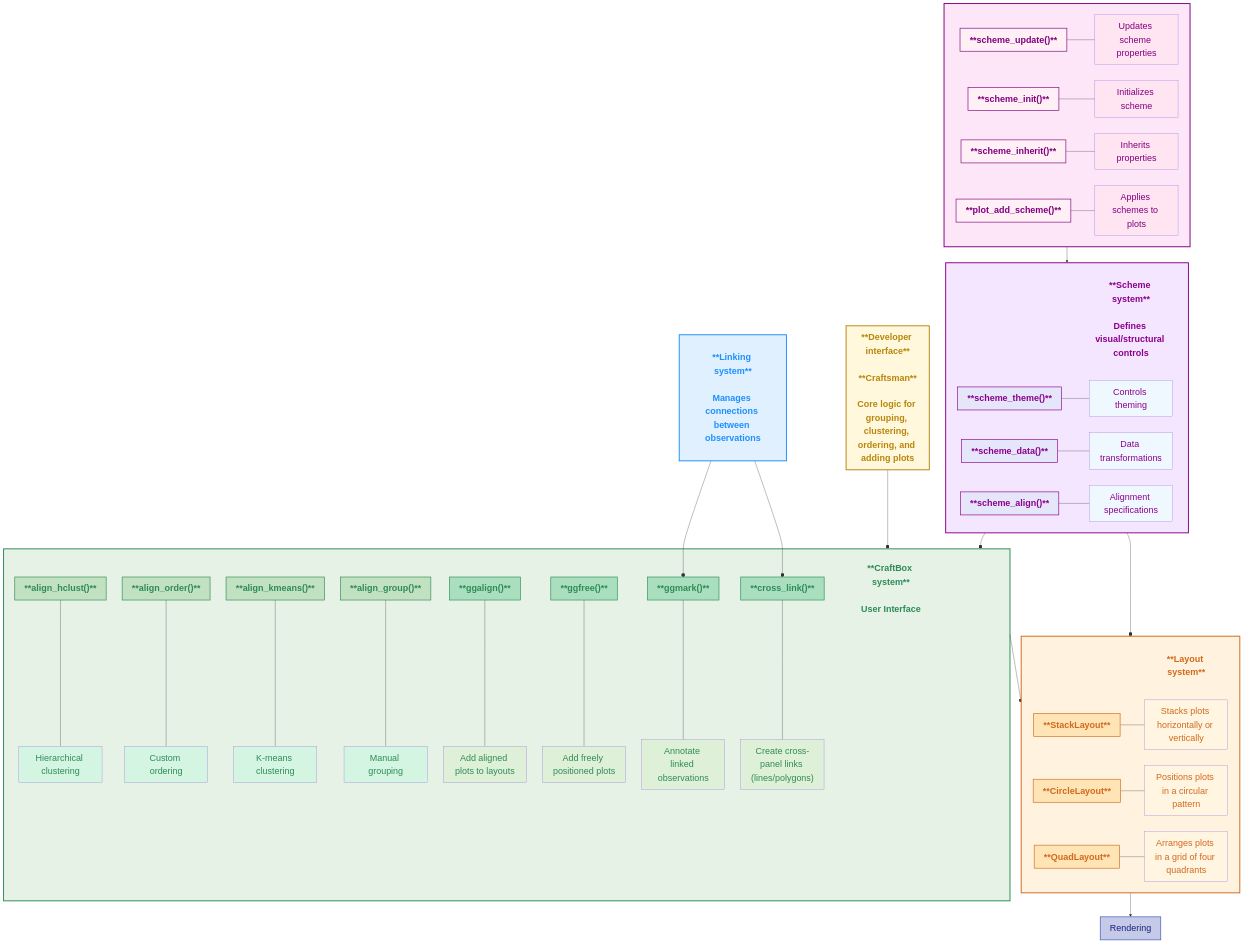
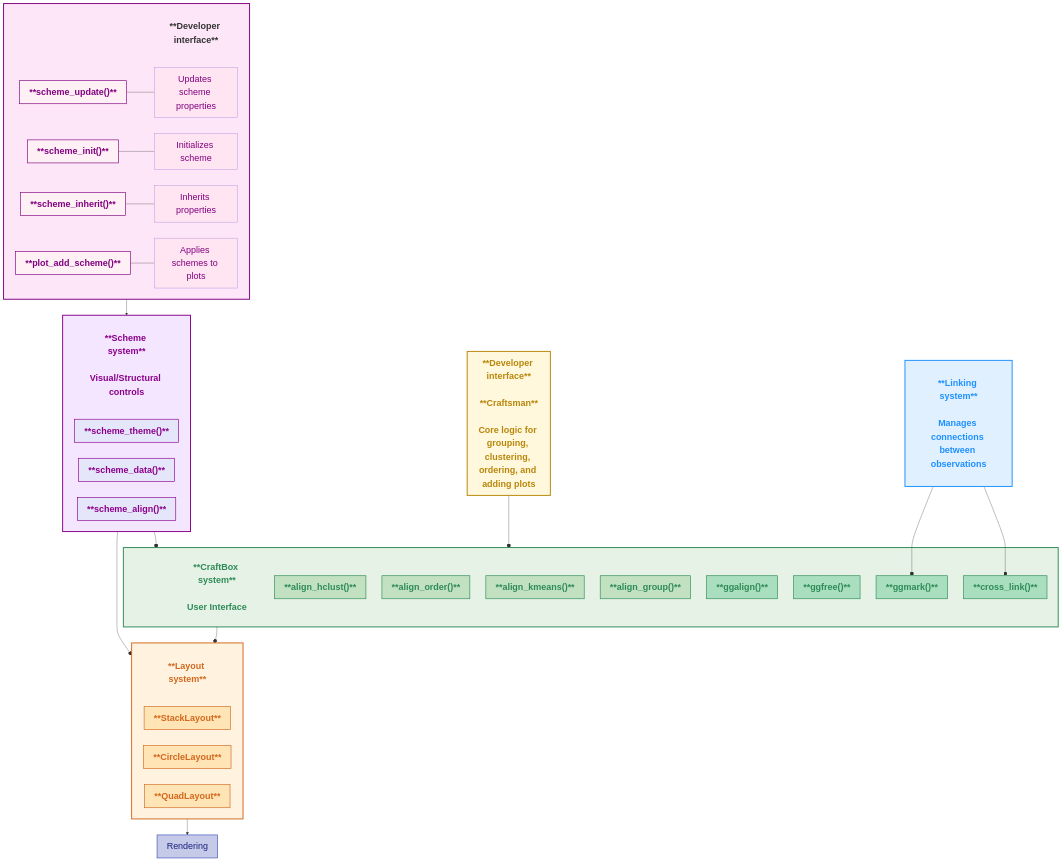
The second of 2 diagrams in introduction.qmd (Yunuuuu/ggalign-book), drawn with Mermaid before and after one commit.

Commit message:
Simplify data-aware diagram

```diff
--- a/introduction.qmd
+++ b/introduction.qmd
@@ -185,22 +185,22 @@
         Circle["**CircleLayout**"]
         Quad["**QuadLayout**"]
 
-        StackDesc["Stacks plots horizontally or vertically"]
-        CircleDesc["Positions plots in a circular pattern"]
-        QuadDesc["Arranges plots in a grid of four quadrants"]
+        %%  StackDesc["Stacks plots horizontally or vertically"]
+        %%  CircleDesc["Positions plots in a circular pattern"]
+        %%  QuadDesc["Arranges plots in a grid of four quadrants"]
     end
     Render["Rendering"]
 
-    Stack --- StackDesc
-    Circle --- CircleDesc
-    Quad --- QuadDesc
+    %% Stack --- StackDesc
+    %% Circle --- CircleDesc
+    %% Quad --- QuadDesc
 
     style Stack fill:#FFE4B5,stroke:#D2691E,stroke-width:2px,color:#D2691E,font-weight:bold,font-size:28px
     style Circle fill:#FFE4B5,stroke:#D2691E,stroke-width:2px,color:#D2691E,font-weight:bold,font-size:28px
     style Quad fill:#FFE4B5,stroke:#D2691E,stroke-width:2px,color:#D2691E,font-weight:bold,font-size:28px
-    style StackDesc fill:#FFF5E1,color:#D2691E,font-size:28px
-    style CircleDesc fill:#FFF5E1,color:#D2691E,font-size:28px
-    style QuadDesc fill:#FFF5E1,color:#D2691E,font-size:28px
+    %% style StackDesc fill:#FFF5E1,color:#D2691E,font-size:28px
+    %% style CircleDesc fill:#FFF5E1,color:#D2691E,font-size:28px
+    %% style QuadDesc fill:#FFF5E1,color:#D2691E,font-size:28px
 
     %% CraftBox system
     subgraph CraftBox[" "]
@@ -213,31 +213,31 @@
         AlignKmeans["**align_kmeans()**"]
         AlignGroup["**align_group()**"]
 
-        AlignHclustDesc["Hierarchical clustering"]
-        AlignOrderDesc["Custom ordering"]
-        AlignKmeansDesc["K-means clustering"]
-        AlignGroupDesc["Manual grouping"]
+        %% AlignHclustDesc["Hierarchical clustering"]
+        %% AlignOrderDesc["Custom ordering"]
+        %% AlignKmeansDesc["K-means clustering"]
+        %% AlignGroupDesc["Manual grouping"]
 
         Ggalign["**ggalign()**"]
         Ggfree["**ggfree()**"]
         Ggmark["**ggmark()**"]
         CrossLink["**cross_link()**"]
 
-        GgalignDesc["Add aligned plots to layouts"]
-        GgfreeDesc["Add freely positioned plots"]
-        GgmarkDesc["Annotate linked observations"]
-        CrossLinkDesc["Create cross-panel links (lines/polygons)"]
+        %% GgalignDesc["Add aligned plots to layouts"]
+        %% GgfreeDesc["Add freely positioned plots"]
+        %% GgmarkDesc["Annotate linked observations"]
+        %% CrossLinkDesc["Create cross-panel links (lines/polygons)"]
     end
 
-    AlignHclust --- AlignHclustDesc
-    AlignOrder --- AlignOrderDesc
-    AlignKmeans --- AlignKmeansDesc
-    AlignGroup --- AlignGroupDesc
+    %% AlignHclust --- AlignHclustDesc
+    %% AlignOrder --- AlignOrderDesc
+    %% AlignKmeans --- AlignKmeansDesc
+    %% AlignGroup --- AlignGroupDesc
     
-    Ggalign --- GgalignDesc
-    Ggfree --- GgfreeDesc
-    Ggmark --- GgmarkDesc
-    CrossLink --- CrossLinkDesc
+    %% Ggalign --- GgalignDesc
+    %% Ggfree --- GgfreeDesc
+    %% Ggmark --- GgmarkDesc
+    %% CrossLink --- CrossLinkDesc
 
     style AlignHclust fill:#C1E1C1,stroke:#2E8B57,stroke-width:2px,color:#2E8B57,font-weight:bold,font-size:28px
     style AlignOrder fill:#C1E1C1,stroke:#2E8B57,stroke-width:2px,color:#2E8B57,font-weight:bold,font-size:28px
@@ -249,15 +249,15 @@
     style Ggmark fill:#A9DFBF,stroke:#2E8B57,stroke-width:2px,color:#2E8B57,font-weight:bold,font-size:28px
     style CrossLink fill:#A9DFBF,stroke:#2E8B57,stroke-width:2px,color:#2E8B57,font-weight:bold,font-size:28px
 
-    style AlignHclustDesc fill:#D5F5E3,color:#2E8B57,font-size:28px
-    style AlignOrderDesc fill:#D5F5E3,color:#2E8B57,font-size:28px
-    style AlignKmeansDesc fill:#D5F5E3,color:#2E8B57,font-size:28px
-    style AlignGroupDesc fill:#D5F5E3,color:#2E8B57,font-size:28px
+    %% style AlignHclustDesc fill:#D5F5E3,color:#2E8B57,font-size:28px
+    %% style AlignOrderDesc fill:#D5F5E3,color:#2E8B57,font-size:28px
+    %% style AlignKmeansDesc fill:#D5F5E3,color:#2E8B57,font-size:28px
+    %% style AlignGroupDesc fill:#D5F5E3,color:#2E8B57,font-size:28px
 
-    style GgalignDesc fill:#DFF0D8,color:#2E8B57,font-size:28px
-    style GgfreeDesc fill:#DFF0D8,color:#2E8B57,font-size:28px
-    style GgmarkDesc fill:#DFF0D8,color:#2E8B57,font-size:28px
-    style CrossLinkDesc fill:#DFF0D8,color:#2E8B57,font-size:28px
+    %% style GgalignDesc fill:#DFF0D8,color:#2E8B57,font-size:28px
+    %% style GgfreeDesc fill:#DFF0D8,color:#2E8B57,font-size:28px
+    %% style GgmarkDesc fill:#DFF0D8,color:#2E8B57,font-size:28px
+    %% style CrossLinkDesc fill:#DFF0D8,color:#2E8B57,font-size:28px
 
     %% Linking system
     subgraph Linking[" "]
@@ -276,32 +276,34 @@
     %% Scheme system
     subgraph Scheme[" "]
         style Scheme fill:#F5E6FF,stroke:#8B008B,stroke-width:3px
-        SchemeTitle["**Scheme system**<br><br>Defines visual/structural controls"]
+        SchemeTitle["**Scheme system**<br><br>Visual/Structural controls"]
         style SchemeTitle fill:none,stroke:none,color:#8B008B,font-weight:bold,font-size:28px
         SchemeTheme["**scheme_theme()**"]
         SchemeData["**scheme_data()**"]
         SchemeAlign["**scheme_align()**"]
 
-        SchemeThemeDesc["Controls theming"]
-        SchemeDataDesc["Data transformations"]
-        SchemeAlignDesc["Alignment specifications"]
+        %% SchemeThemeDesc["Controls theming"]
+        %% SchemeDataDesc["Data transformations"]
+        %% SchemeAlignDesc["Alignment specifications"]
     end
 
-    SchemeTheme --- SchemeThemeDesc
-    SchemeData --- SchemeDataDesc
-    SchemeAlign --- SchemeAlignDesc
+    %% SchemeTheme --- SchemeThemeDesc
+    %% SchemeData --- SchemeDataDesc
+    %% SchemeAlign --- SchemeAlignDesc
 
     style SchemeTheme fill:#E6E6FA,stroke:#8B008B,stroke-width:2px,color:#8B008B,font-weight:bold,font-size:28px
     style SchemeData fill:#E6E6FA,stroke:#8B008B,stroke-width:2px,color:#8B008B,font-weight:bold,font-size:28px
     style SchemeAlign fill:#E6E6FA,stroke:#8B008B,stroke-width:2px,color:#8B008B,font-weight:bold,font-size:28px
 
-    style SchemeThemeDesc fill:#F0F8FF,color:#8B008B,font-size:28px
-    style SchemeDataDesc fill:#F0F8FF,color:#8B008B,font-size:28px
-    style SchemeAlignDesc fill:#F0F8FF,color:#8B008B,font-size:28px
+    %% style SchemeThemeDesc fill:#F0F8FF,color:#8B008B,font-size:28px
+    %% style SchemeDataDesc fill:#F0F8FF,color:#8B008B,font-size:28px
+    %% style SchemeAlignDesc fill:#F0F8FF,color:#8B008B,font-size:28px
 
     %% Scheme implementation
     subgraph SchemeImpl[" "]
         style SchemeImpl fill:#FDE6F8,stroke:#800080,stroke-width:3px
+        SchemeImplTitle["**Developer interface**"]
+        style SchemeImplTitle fill:none,stroke:none,color:#8B008,font-weight:bold,font-size:28px
         SchemeUpdate["**scheme_update()**"]
         SchemeInit["**scheme_init()**"]
         SchemeInherit["**scheme_inherit()**"]
```
